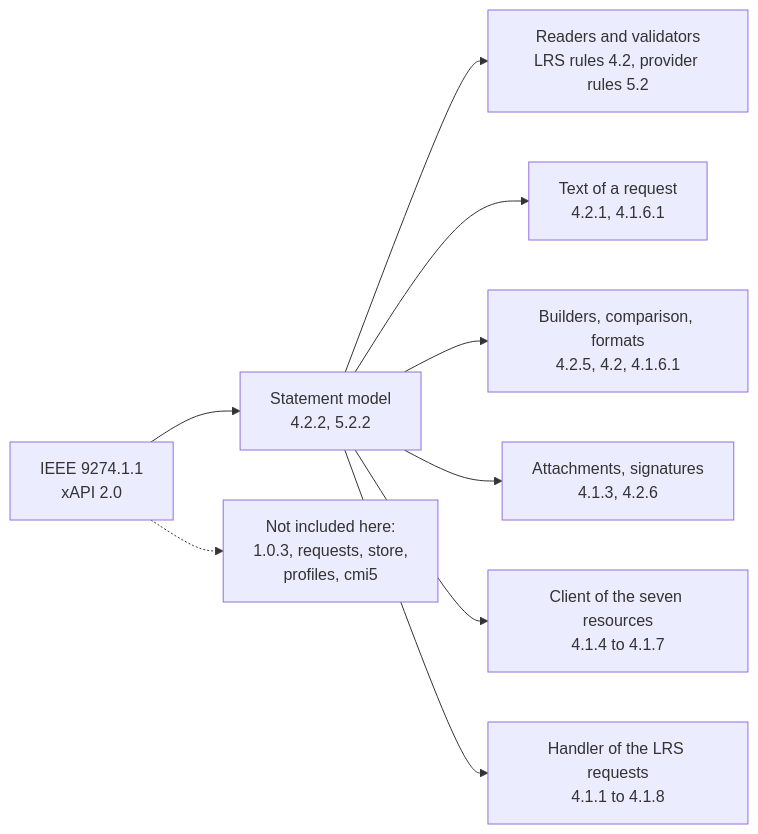
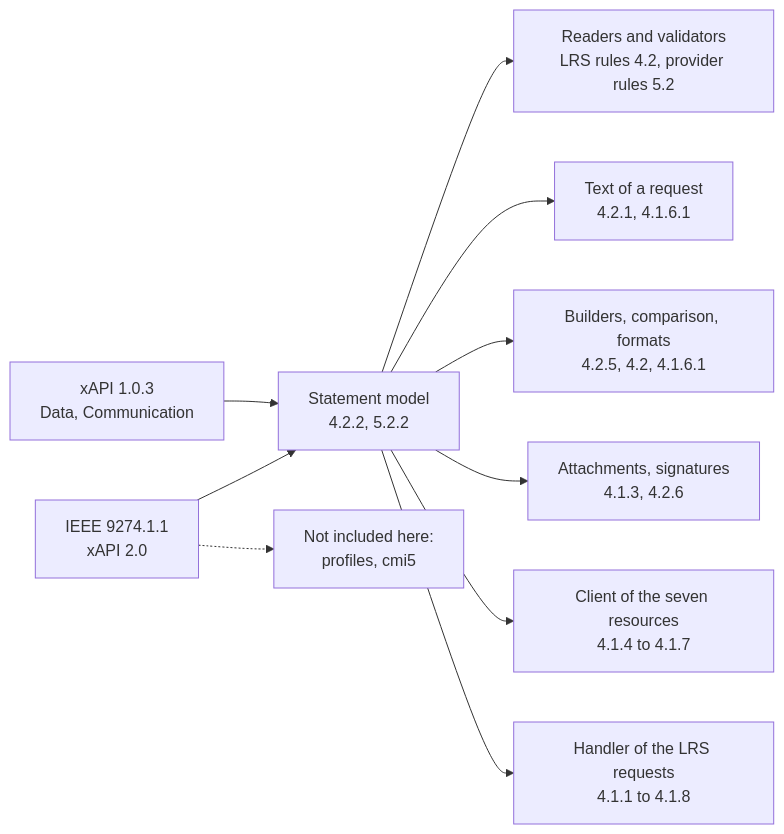
Before and after one commit to interopkit/interopkit: the diagram in docs/learning-records/supported.md, drawn with Mermaid. The commit also changed other lines of this file and 82 other files, not shown here.

````diff
--- a/docs/learning-records/supported.md
+++ b/docs/learning-records/supported.md
@@ -6,11 +7,12 @@
 ```mermaid
 flowchart LR
   spec["IEEE 9274.1.1<br/>xAPI 2.0"] --> model["Statement model<br/>4.2.2, 5.2.2"]
   model --> read["Readers and validators<br/>LRS rules 4.2, provider rules 5.2"]
   model --> text["Text of a request<br/>4.2.1, 4.1.6.1"]
   model --> build["Builders, comparison, formats<br/>4.2.5, 4.2, 4.1.6.1"]
   model --> attach["Attachments, signatures<br/>4.1.3, 4.2.6"]
   model --> client["Client of the seven resources<br/>4.1.4 to 4.1.7"]
   model --> store["Handler of the LRS requests<br/>4.1.1 to 4.1.8"]
-  spec -.-> outside["Not included here:<br/>1.0.3, requests, store,<br/>profiles, cmi5"]
+  v1["xAPI 1.0.3<br/>Data, Communication"] --> model
+  spec -.-> outside["Not included here:<br/>profiles, cmi5"]
 ```
````
